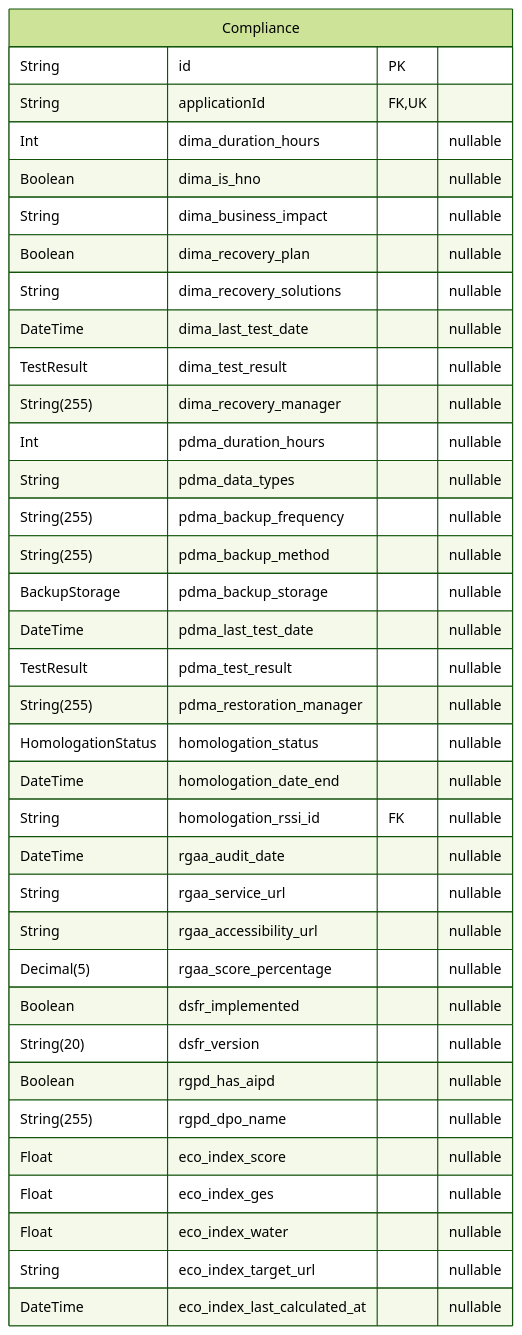
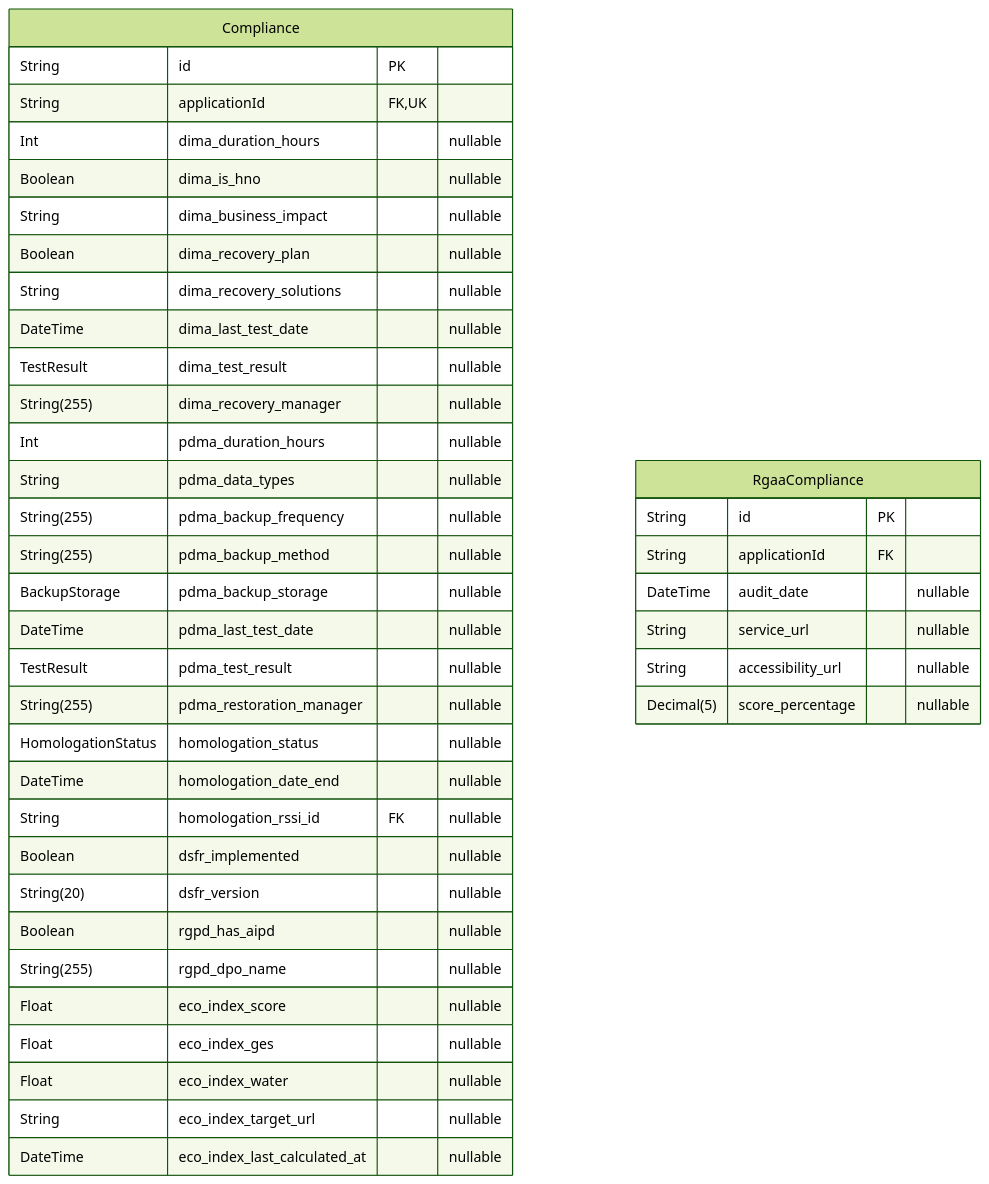
Before and after one commit to dnum-mi/referentiel-applications: the third of 13 diagrams in backend/prisma/docs/schema.md, drawn with Mermaid (forest theme). The commit also changed other lines of this file and 24 other files, not shown here.

````diff
--- a/backend/prisma/docs/schema.md
+++ b/backend/prisma/docs/schema.md
@@ -265,39 +265,43 @@
 ```mermaid
 erDiagram
 "Compliance" {
   String id PK
   String applicationId FK,UK
   Int dima_duration_hours "nullable"
   Boolean dima_is_hno "nullable"
   String dima_business_impact "nullable"
   Boolean dima_recovery_plan "nullable"
   String dima_recovery_solutions "nullable"
   DateTime dima_last_test_date "nullable"
   TestResult dima_test_result "nullable"
   String(255) dima_recovery_manager "nullable"
   Int pdma_duration_hours "nullable"
   String pdma_data_types "nullable"
   String(255) pdma_backup_frequency "nullable"
   String(255) pdma_backup_method "nullable"
   BackupStorage pdma_backup_storage "nullable"
   DateTime pdma_last_test_date "nullable"
   TestResult pdma_test_result "nullable"
   String(255) pdma_restoration_manager "nullable"
   HomologationStatus homologation_status "nullable"
   DateTime homologation_date_end "nullable"
   String homologation_rssi_id FK "nullable"
-  DateTime rgaa_audit_date "nullable"
-  String rgaa_service_url "nullable"
-  String rgaa_accessibility_url "nullable"
-  Decimal(5) rgaa_score_percentage "nullable"
   Boolean dsfr_implemented "nullable"
   String(20) dsfr_version "nullable"
   Boolean rgpd_has_aipd "nullable"
   String(255) rgpd_dpo_name "nullable"
   Float eco_index_score "nullable"
   Float eco_index_ges "nullable"
   Float eco_index_water "nullable"
   String eco_index_target_url "nullable"
   DateTime eco_index_last_calculated_at "nullable"
 }
+"RgaaCompliance" {
+  String id PK
+  String applicationId FK
+  DateTime audit_date "nullable"
+  String service_url "nullable"
+  String accessibility_url "nullable"
+  Decimal(5) score_percentage "nullable"
+}
 ```
````
